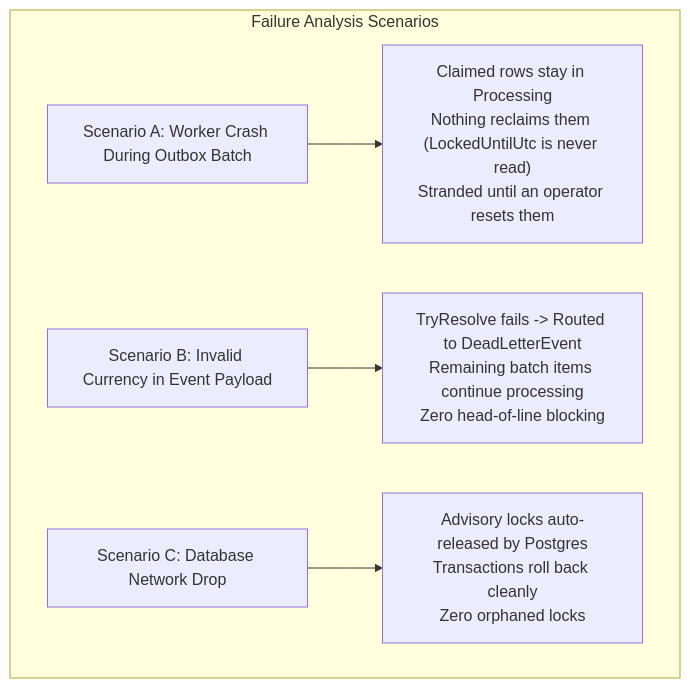
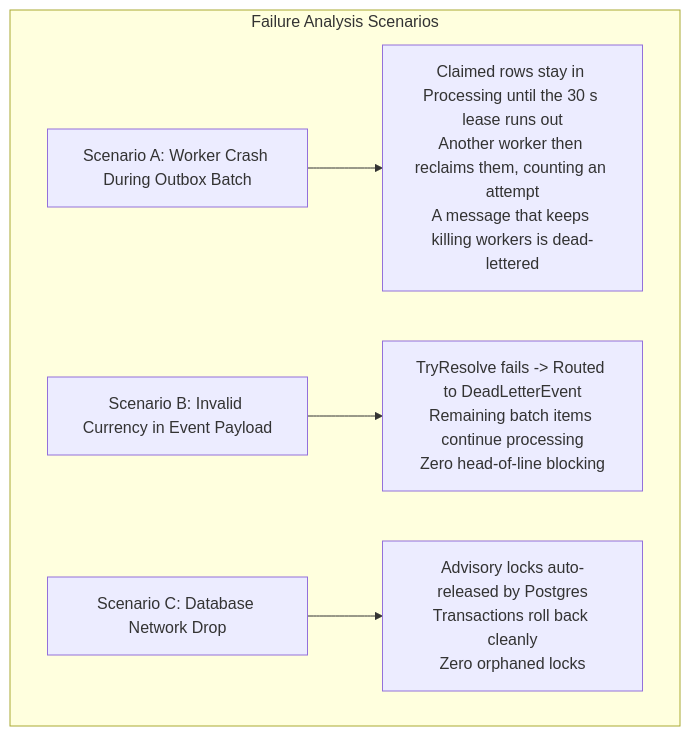
The tenth of 13 diagrams in docs/TRADE_OFFS_AND_LIMITATIONS.md (maysamgamini/crowdfundinghub), drawn with Mermaid before and after one commit. The commit also changed other lines of this file and 6 other files, not shown here.

Commit message:
docs: outbox rows are reclaimed after their lease runs out

````diff
--- a/docs/TRADE_OFFS_AND_LIMITATIONS.md
+++ b/docs/TRADE_OFFS_AND_LIMITATIONS.md
@@ -568,8 +568,8 @@
 ```mermaid
 graph TD
     subgraph "Failure Analysis Scenarios"
-        F1["Scenario A: Worker Crash During Outbox Batch"] --> R1["Claimed rows stay in Processing<br/>Nothing reclaims them (LockedUntilUtc is never read)<br/>Stranded until an operator resets them"]
+        F1["Scenario A: Worker Crash During Outbox Batch"] --> R1["Claimed rows stay in Processing until the 30 s lease runs out<br/>Another worker then reclaims them, counting an attempt<br/>A message that keeps killing workers is dead-lettered"]
         F2["Scenario B: Invalid Currency in Event Payload"] --> R2["TryResolve fails -> Routed to DeadLetterEvent<br/>Remaining batch items continue processing<br/>Zero head-of-line blocking"]
         F3["Scenario C: Database Network Drop"] --> R3["Advisory locks auto-released by Postgres<br/>Transactions roll back cleanly<br/>Zero orphaned locks"]
     end
 ```
````
